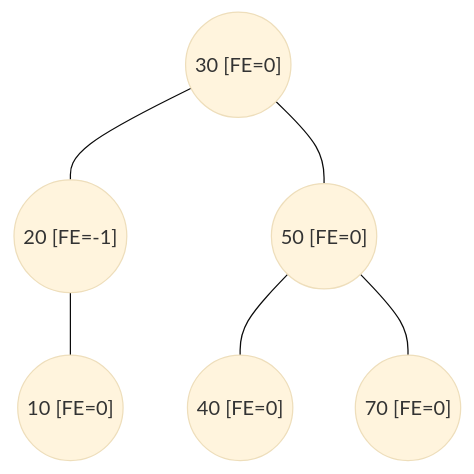
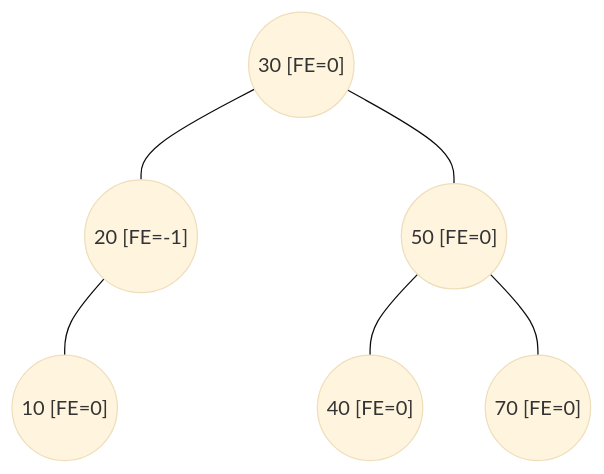
One commit to frijolitobandido/Guia_Matematica_Discreta changed diagram 19 of 38 in 03-arboles.md. Above: the diagram before and after it, drawn with Mermaid (base theme). The commit also changed other lines of this file, not shown here.

````diff
--- a/03-arboles.md
+++ b/03-arboles.md
@@ -548,8 +548,12 @@
 ```mermaid
 graph TD
     f1(("30 [FE=0]")) --- f2(("20 [FE=-1]"))
     f1 --- f3(("50 [FE=0]"))
     f2 --- f4(("10 [FE=0]"))
+    f2 --- sp1[" "]:::invis
     f3 --- f5(("40 [FE=0]"))
     f3 --- f6(("70 [FE=0]"))
+
+    classDef invis fill:none,stroke:none,color:none
+    linkStyle 3 stroke:none;
 ```
````
